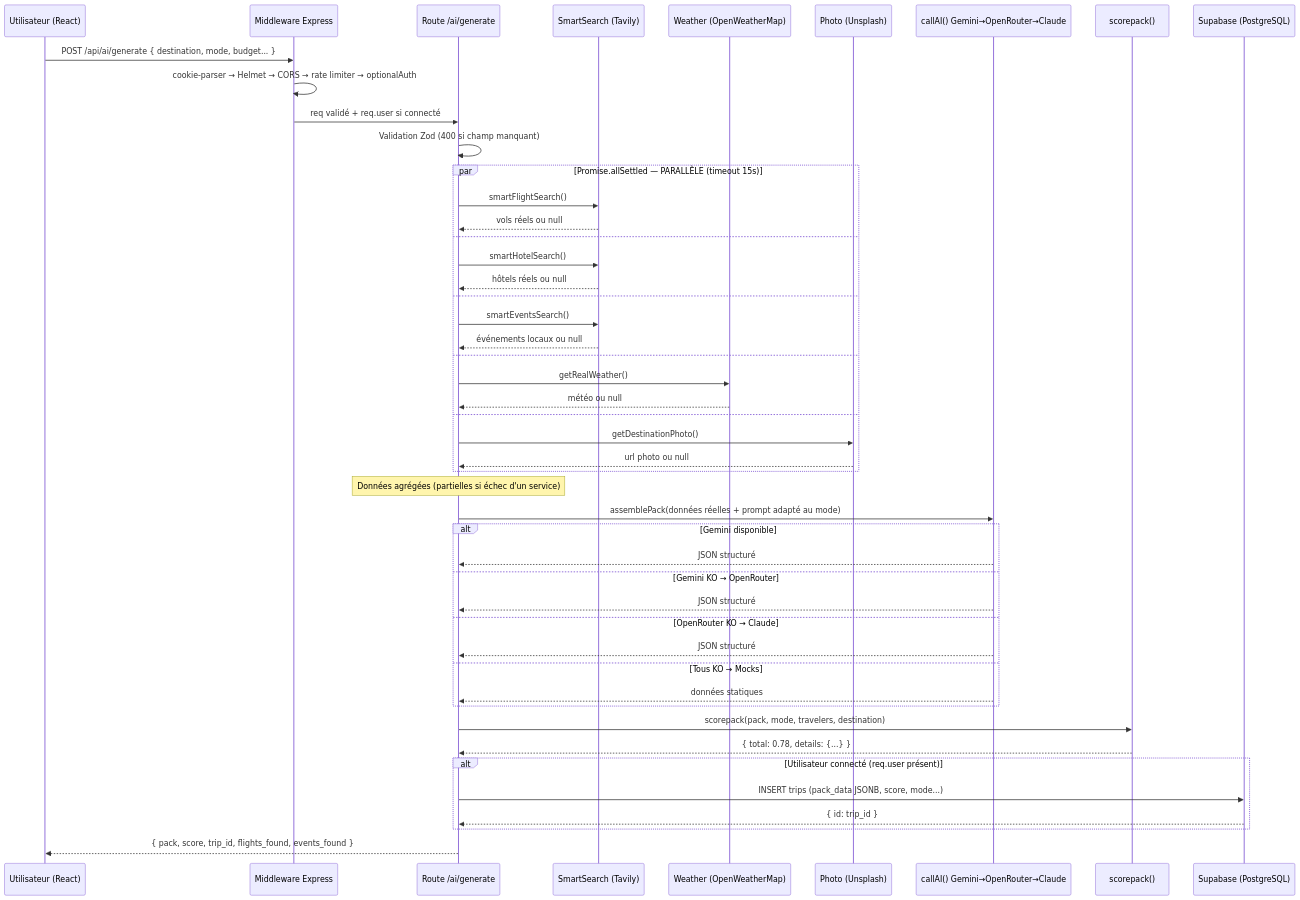
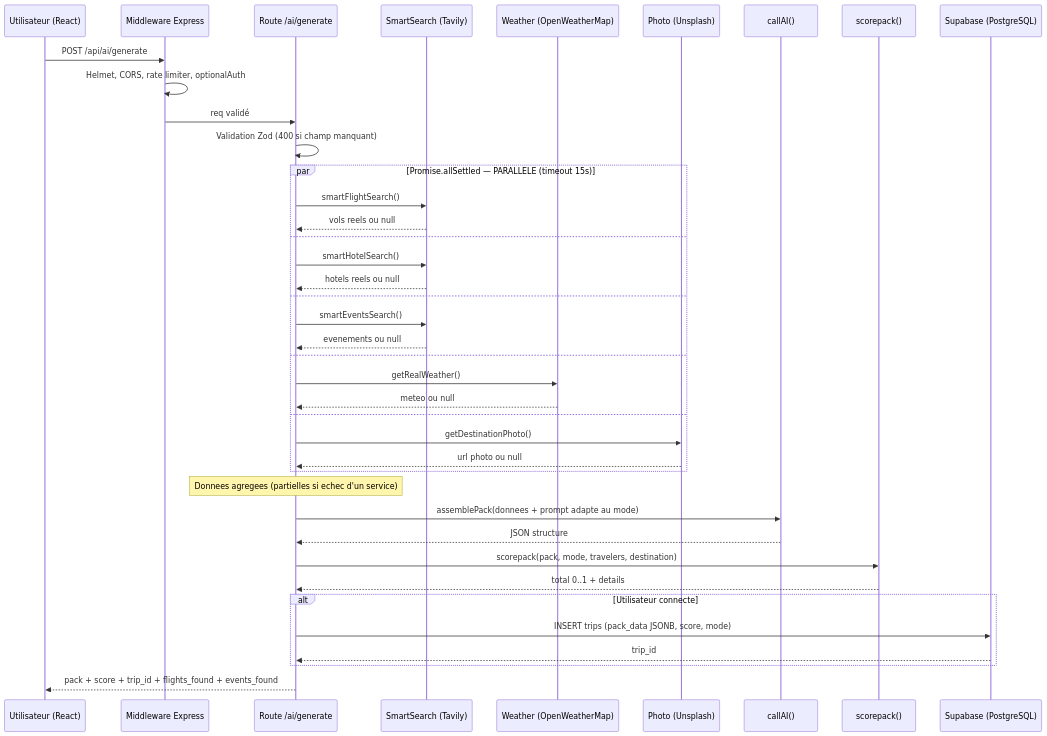
Before and after one commit to loties1533/tripgenie: the second of 7 diagrams in docs/DIAGRAMS.md, drawn with Mermaid. The commit also changed other lines of this file, not shown here.

Commit message:
MAJ diagram

````diff
--- a/docs/DIAGRAMS.md
+++ b/docs/DIAGRAMS.md
@@ -89,58 +52,50 @@
 ```mermaid
 sequenceDiagram
     participant U as Utilisateur (React)
     participant MW as Middleware Express
     participant R as Route /ai/generate
     participant SS as SmartSearch (Tavily)
     participant WE as Weather (OpenWeatherMap)
     participant PH as Photo (Unsplash)
-    participant LLM as callAI() Gemini→OpenRouter→Claude
+    participant LLM as callAI()
     participant SC as scorepack()
     participant DB as Supabase (PostgreSQL)
 
-    U->>MW: POST /api/ai/generate { destination, mode, budget... }
-    MW->>MW: cookie-parser → Helmet → CORS → rate limiter → optionalAuth
-    MW->>R: req validé + req.user si connecté
+    U->>MW: POST /api/ai/generate
+    MW->>MW: Helmet, CORS, rate limiter, optionalAuth
+    MW->>R: req validé
 
     R->>R: Validation Zod (400 si champ manquant)
 
-    par Promise.allSettled — PARALLÈLE (timeout 15s)
+    par Promise.allSettled — PARALLELE (timeout 15s)
         R->>SS: smartFlightSearch()
-        SS-->>R: vols réels ou null
+        SS-->>R: vols reels ou null
     and
         R->>SS: smartHotelSearch()
-        SS-->>R: hôtels réels ou null
+        SS-->>R: hotels reels ou null
     and
         R->>SS: smartEventsSearch()
-        SS-->>R: événements locaux ou null
+        SS-->>R: evenements ou null
     and
         R->>WE: getRealWeather()
-        WE-->>R: météo ou null
+        WE-->>R: meteo ou null
     and
         R->>PH: getDestinationPhoto()
         PH-->>R: url photo ou null
     end
 
-    Note over R: Données agrégées (partielles si échec d'un service)
+    Note over R: Donnees agregees (partielles si echec d'un service)
 
-    R->>LLM: assemblePack(données réelles + prompt adapté au mode)
-    alt Gemini disponible
-        LLM-->>R: JSON structuré
-    else Gemini KO → OpenRouter
-        LLM-->>R: JSON structuré
-    else OpenRouter KO → Claude
-        LLM-->>R: JSON structuré
-    else Tous KO → Mocks
-        LLM-->>R: données statiques
+    R->>LLM: assemblePack(donnees + prompt adapte au mode)
+    LLM-->>R: JSON structure
+
+    R->>SC: scorepack(pack, mode, travelers, destination)
+    SC-->>R: total 0..1 + details
+
+    alt Utilisateur connecte
+        R->>DB: INSERT trips (pack_data JSONB, score, mode)
+        DB-->>R: trip_id
     end
 
-    R->>SC: scorepack(pack, mode, travelers, destination)
-    SC-->>R: { total: 0.78, details: {...} }
-
-    alt Utilisateur connecté (req.user présent)
-        R->>DB: INSERT trips (pack_data JSONB, score, mode...)
-        DB-->>R: { id: trip_id }
-    end
-
-    R-->>U: { pack, score, trip_id, flights_found, events_found }
+    R-->>U: pack + score + trip_id + flights_found + events_found
 ```
````
